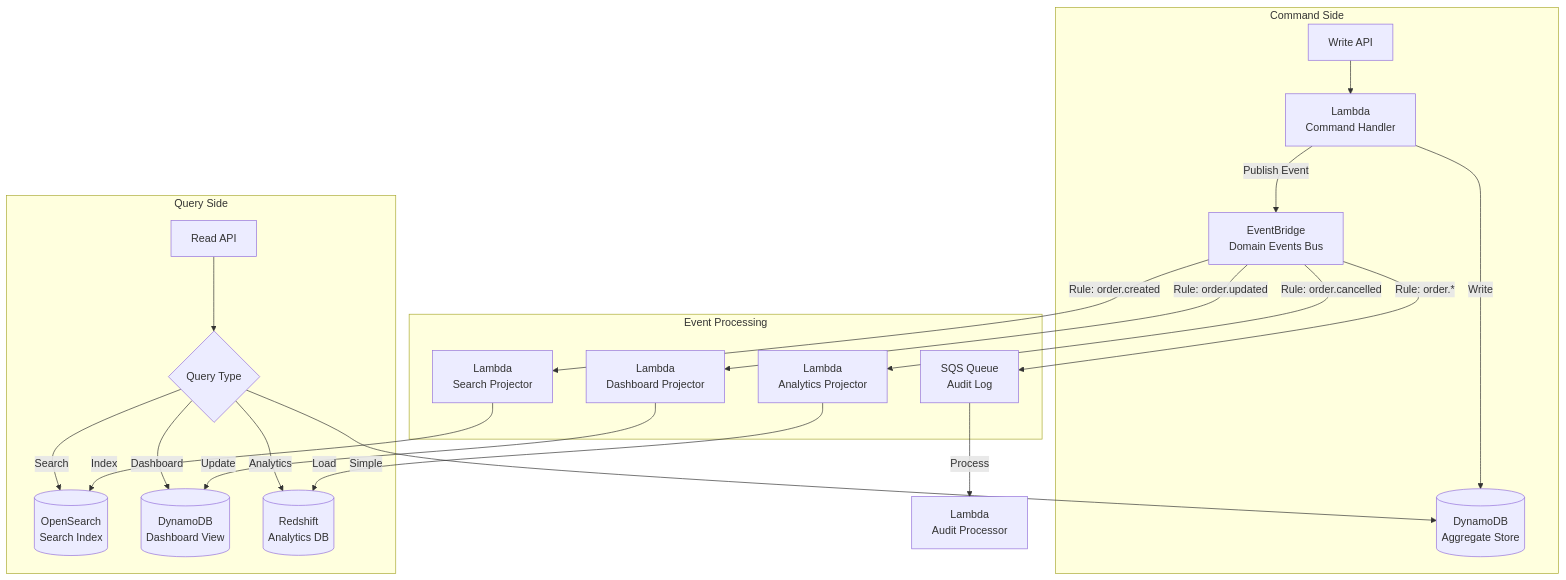
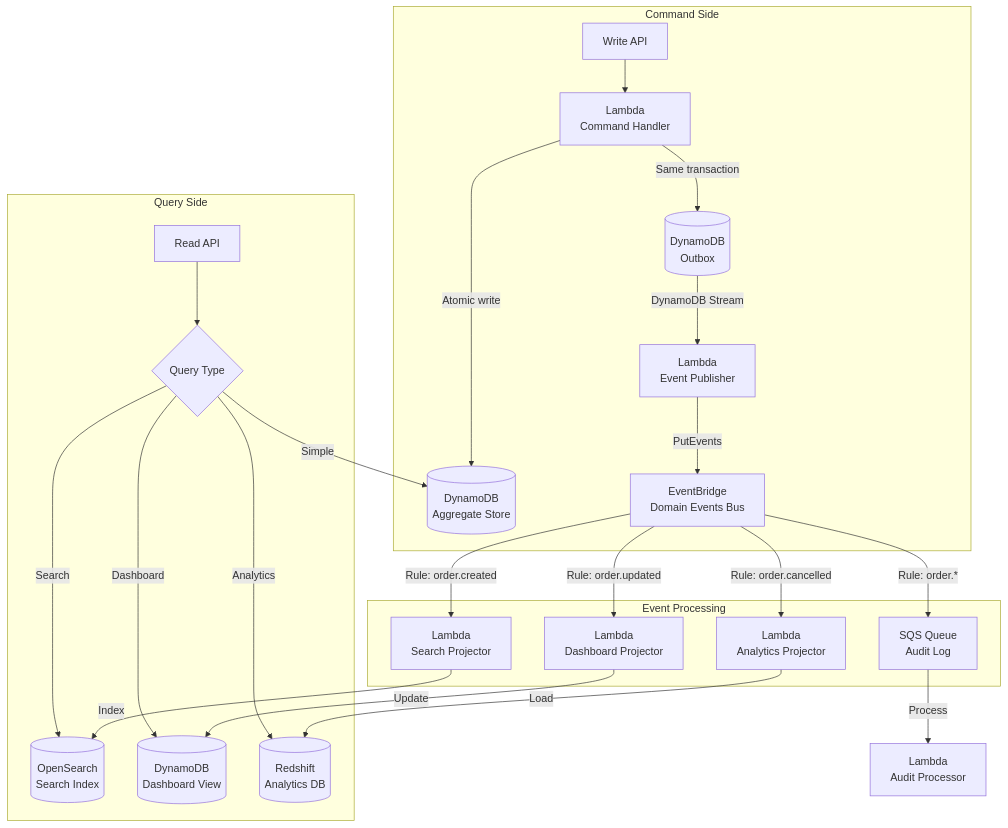
The fifth of 8 diagrams in Design/04-cross-cutting-patterns.md (AlexanderBesss/AWS_best_praactices), drawn with Mermaid before and after one commit. The commit also changed other lines of this file and 31 other files, not shown here.

````diff
--- a/Design/04-cross-cutting-patterns.md
+++ b/Design/04-cross-cutting-patterns.md
@@ -333,28 +331,30 @@
 ```mermaid
 graph TB
     subgraph "Command Side"
         A[Write API] --> B[Lambda<br/>Command Handler]
-        B -->|Write| C[(DynamoDB<br/>Aggregate Store)]
-        B -->|Publish Event| D[EventBridge<br/>Domain Events Bus]
+        B -->|Atomic write| C[(DynamoDB<br/>Aggregate Store)]
+        B -->|Same transaction| O[(DynamoDB<br/>Outbox)]
+        O -->|DynamoDB Stream| P[Lambda<br/>Event Publisher]
+        P -->|PutEvents| D[EventBridge<br/>Domain Events Bus]
     end
     
     subgraph "Event Processing"
         D -->|Rule: order.created| E[Lambda<br/>Search Projector]
         D -->|Rule: order.updated| F[Lambda<br/>Dashboard Projector]
         D -->|Rule: order.cancelled| G[Lambda<br/>Analytics Projector]
         D -->|Rule: order.*| H[SQS Queue<br/>Audit Log]
     end
     
     subgraph "Query Side"
         I[Read API] --> J{Query Type}
         J -->|Search| K[(OpenSearch<br/>Search Index)]
         J -->|Dashboard| L[(DynamoDB<br/>Dashboard View)]
         J -->|Analytics| M[(Redshift<br/>Analytics DB)]
         J -->|Simple| C
     end
     
     E -->|Index| K
     F -->|Update| L
     G -->|Load| M
     H -->|Process| N[Lambda<br/>Audit Processor]
 ```
````
